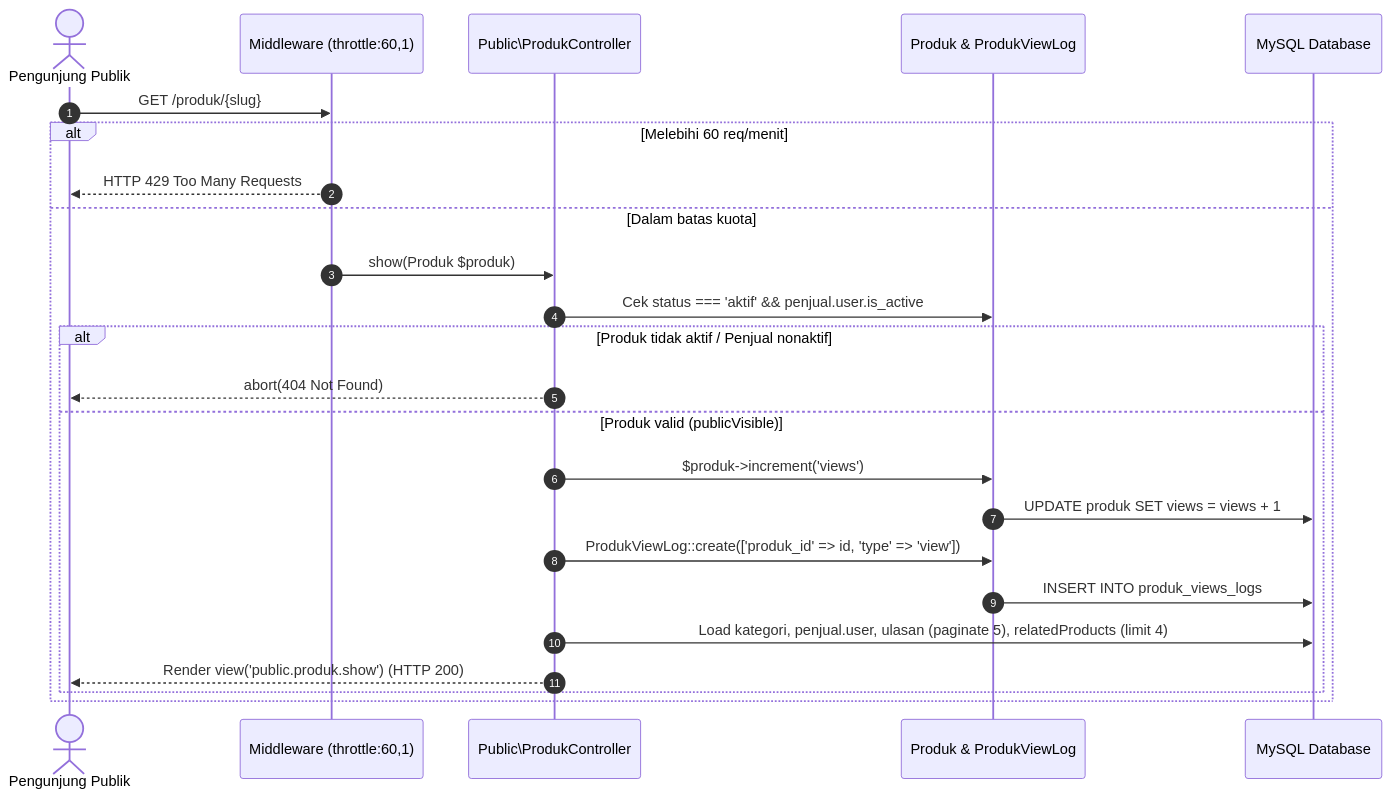
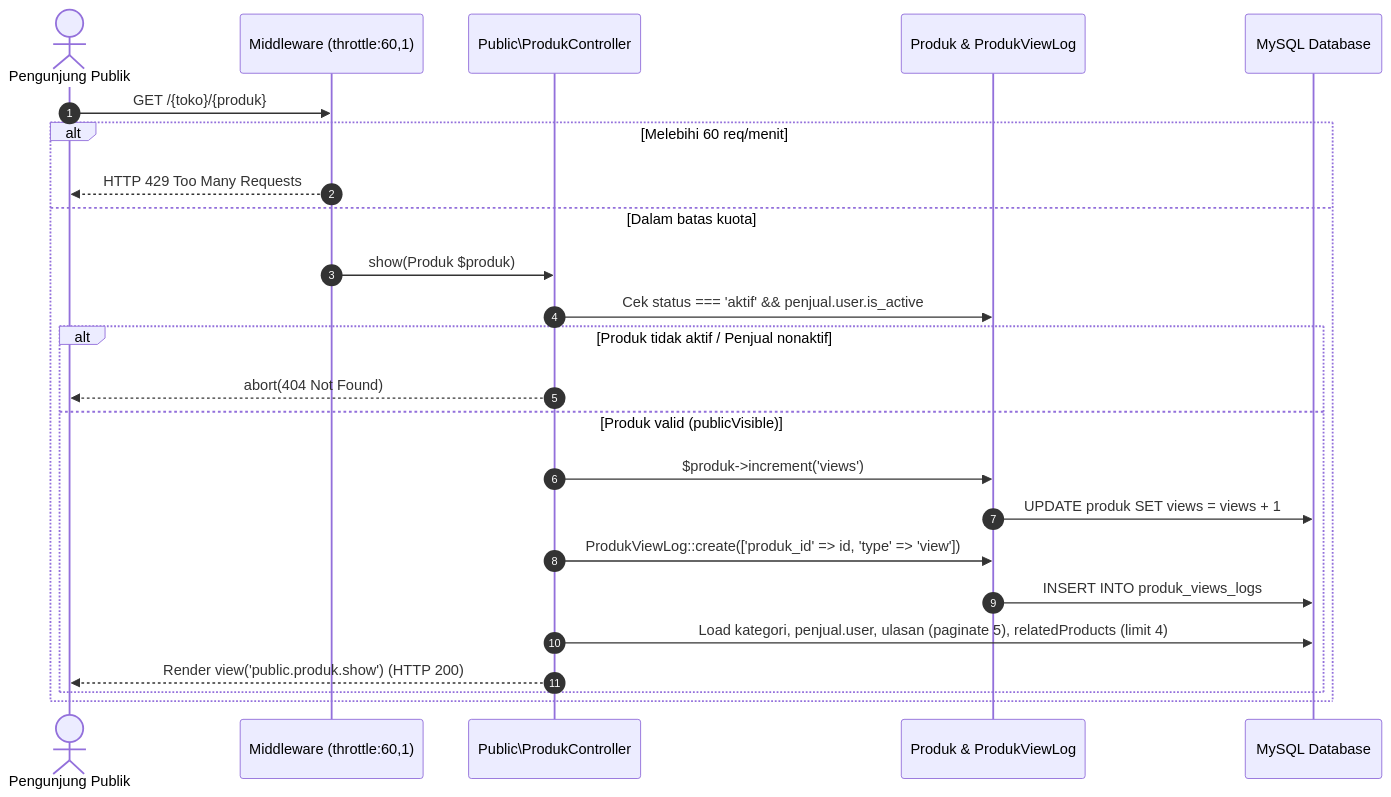
The first of 7 diagrams in docs/05-desain/ACTIVITY_SEQUENCE.md (kyymidnight404/siswamartid), drawn with Mermaid before and after one commit. The commit also changed other lines of this file and 27 other files, not shown here.

Commit message:
docs: sync README and docs with v1.2.0 codebase and schema

````diff
--- a/docs/05-desain/ACTIVITY_SEQUENCE.md
+++ b/docs/05-desain/ACTIVITY_SEQUENCE.md
@@ -32,27 +32,27 @@
 ```mermaid
 sequenceDiagram
     autonumber
     actor Visitor as Pengunjung Publik
     participant Route as Middleware (throttle:60,1)
     participant Ctrl as Public\ProdukController
     participant Model as Produk & ProdukViewLog
     participant DB as MySQL Database
 
-    Visitor->>Route: GET /produk/{slug}
+    Visitor->>Route: GET /{toko}/{produk}
     alt Melebihi 60 req/menit
         Route-->>Visitor: HTTP 429 Too Many Requests
     else Dalam batas kuota
         Route->>Ctrl: show(Produk $produk)
         Ctrl->>Model: Cek status === 'aktif' && penjual.user.is_active
         alt Produk tidak aktif / Penjual nonaktif
             Ctrl-->>Visitor: abort(404 Not Found)
         else Produk valid (publicVisible)
             Ctrl->>Model: $produk->increment('views')
             Model->>DB: UPDATE produk SET views = views + 1
             Ctrl->>Model: ProdukViewLog::create(['produk_id' => id, 'type' => 'view'])
             Model->>DB: INSERT INTO produk_views_logs
             Ctrl->>DB: Load kategori, penjual.user, ulasan (paginate 5), relatedProducts (limit 4)
             Ctrl-->>Visitor: Render view('public.produk.show') (HTTP 200)
         end
     end
 ```
````
